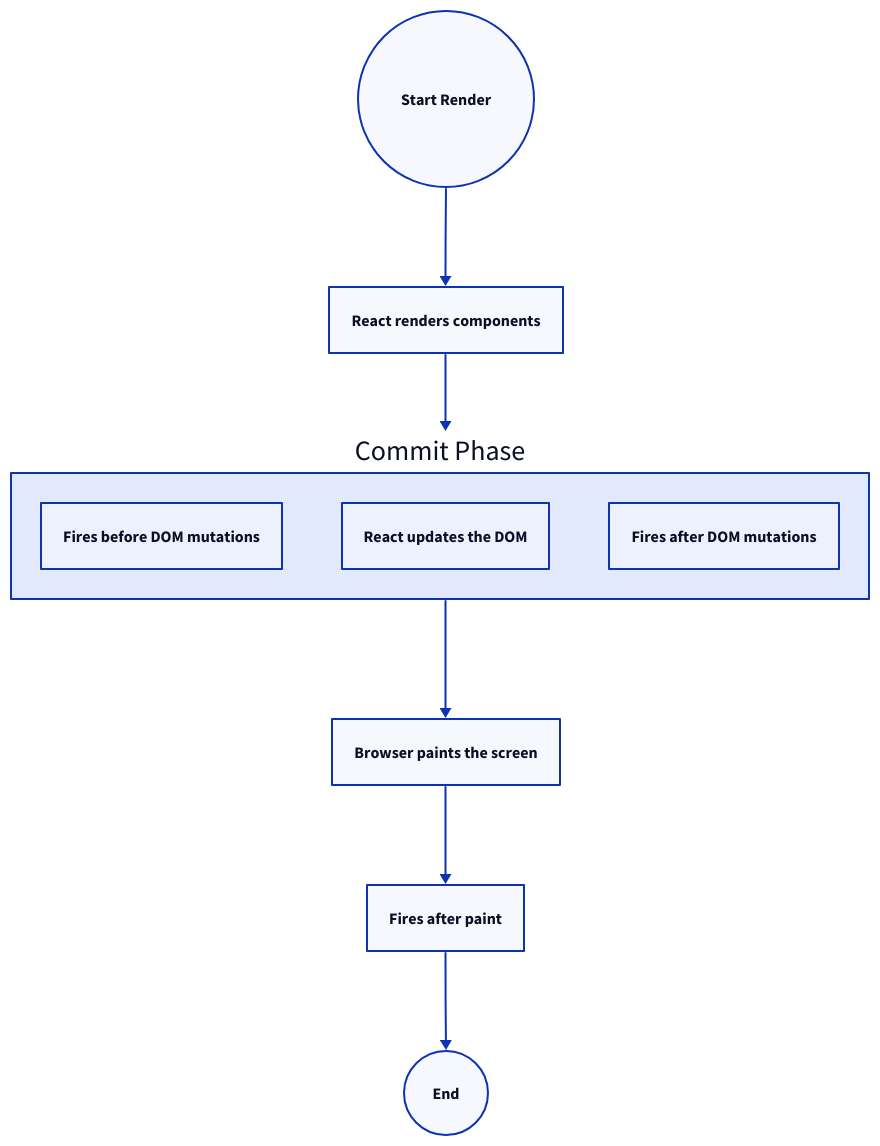
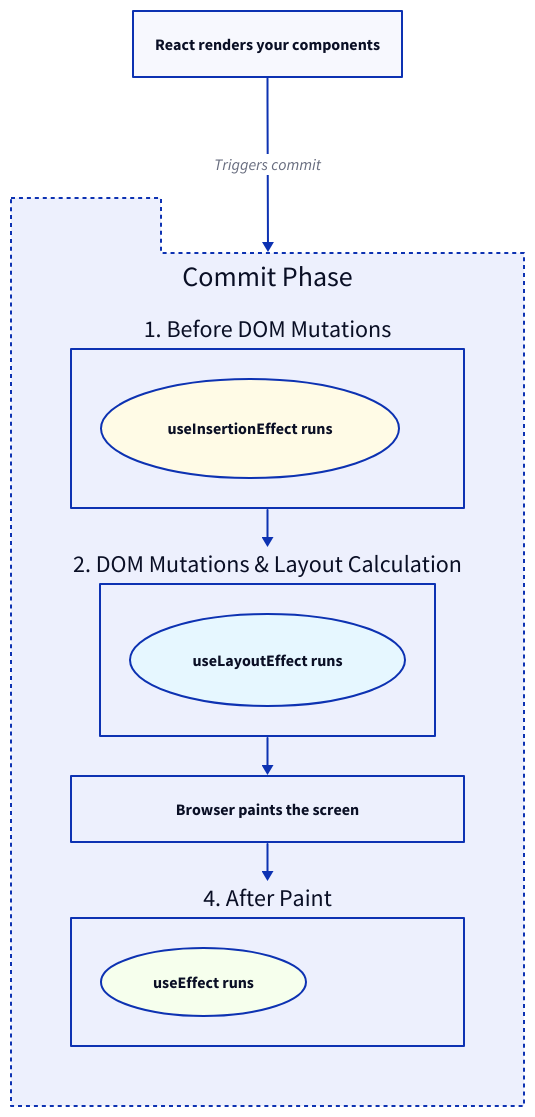
The diagram in packages/react/.aigne/doc-smith/docs/hooks-effect.md (lban2049/react), drawn with D2 before and after one commit. The commit also changed other lines of this file and 46 other files, not shown here.

````diff
--- a/packages/react/.aigne/doc-smith/docs/hooks-effect.md
+++ b/packages/react/.aigne/doc-smith/docs/hooks-effect.md
@@ -11,29 +154,52 @@
 ```d2
 direction: down
 
-"Start Render": {
-  shape: circle
+"Render Phase": {
+  shape: rectangle
+  label: "React renders your components"
 }
 
-"Render Phase": "React renders components"
+"Commit Phase": {
+  shape: package
+  grid-columns: 1
+  style.stroke-dash: 2
 
-"Commit Phase": {
-  "1. useInsertionEffect": "Fires before DOM mutations"
-  "2. DOM Mutations": "React updates the DOM"
-  "3. useLayoutEffect": "Fires after DOM mutations"
+  "1. Before DOM Mutations": {
+    shape: rectangle
+    
+    "useInsertionEffect runs": {
+      shape: oval
+      style.fill: "#fffbe6"
+    }
+  }
+
+  "2. DOM Mutations & Layout Calculation": {
+    shape: rectangle
+
+    "useLayoutEffect runs": {
+      shape: oval
+      style.fill: "#e6f7ff"
+    }
+  }
+
+  "3. Browser Painting": {
+    shape: rectangle
+    label: "Browser paints the screen"
+  }
+  
+  "4. After Paint": {
+    shape: rectangle
+    
+    "useEffect runs": {
+      shape: oval
+      style.fill: "#f6ffed"
+    }
+  }
 }
 
-"Browser Paint": "Browser paints the screen"
+"Render Phase" -> "Commit Phase": "Triggers commit"
+"Commit Phase"."1. Before DOM Mutations" -> "Commit Phase"."2. DOM Mutations & Layout Calculation"
+"Commit Phase"."2. DOM Mutations & Layout Calculation" -> "Commit Phase"."3. Browser Painting"
+"Commit Phase"."3. Browser Painting" -> "Commit Phase"."4. After Paint"
 
-"useEffect": "Fires after paint"
-
-"End": {
-  shape: circle
-}
-
-"Start Render" -> "Render Phase"
-"Render Phase" -> "Commit Phase"
-"Commit Phase" -> "Browser Paint"
-"Browser Paint" -> "useEffect"
-"useEffect" -> "End"
 ```
````
